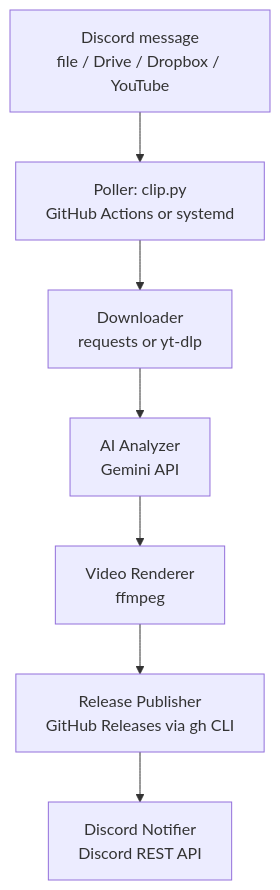
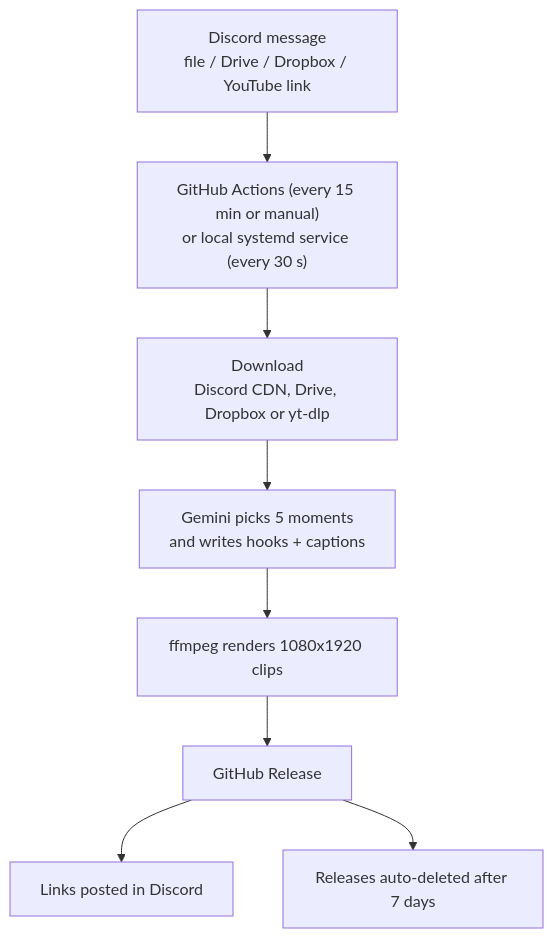
Before and after one commit to dawoodijaz1999/Doc-bot: the diagram in docs/clip-clip.md, drawn with Mermaid. The commit also changed other lines of this file and 2 other files, not shown here.

````diff
--- a/docs/clip-clip.md
+++ b/docs/clip-clip.md
@@ -10,9 +10,10 @@
 ```mermaid
 flowchart TD
-    A["Discord message<br/>file / Drive / Dropbox / YouTube"] --> B["Poller: clip.py<br/>GitHub Actions or systemd"]
-    B --> C["Downloader<br/>requests or yt-dlp"]
-    C --> D["AI Analyzer<br/>Gemini API"]
-    D --> E["Video Renderer<br/>ffmpeg"]
-    E --> F["Release Publisher<br/>GitHub Releases via gh CLI"]
-    F --> G["Discord Notifier<br/>Discord REST API"]
+    A["Discord message<br/>file / Drive / Dropbox / YouTube link"] --> B["GitHub Actions (every 15 min or manual)<br/>or local systemd service (every 30 s)"]
+    B --> C["Download<br/>Discord CDN, Drive, Dropbox or yt-dlp"]
+    C --> D["Gemini picks 5 moments<br/>and writes hooks + captions"]
+    D --> E["ffmpeg renders 1080x1920 clips"]
+    E --> F["GitHub Release"]
+    F --> G["Links posted in Discord"]
+    F --> H["Releases auto-deleted after 7 days"]
 ```
````
